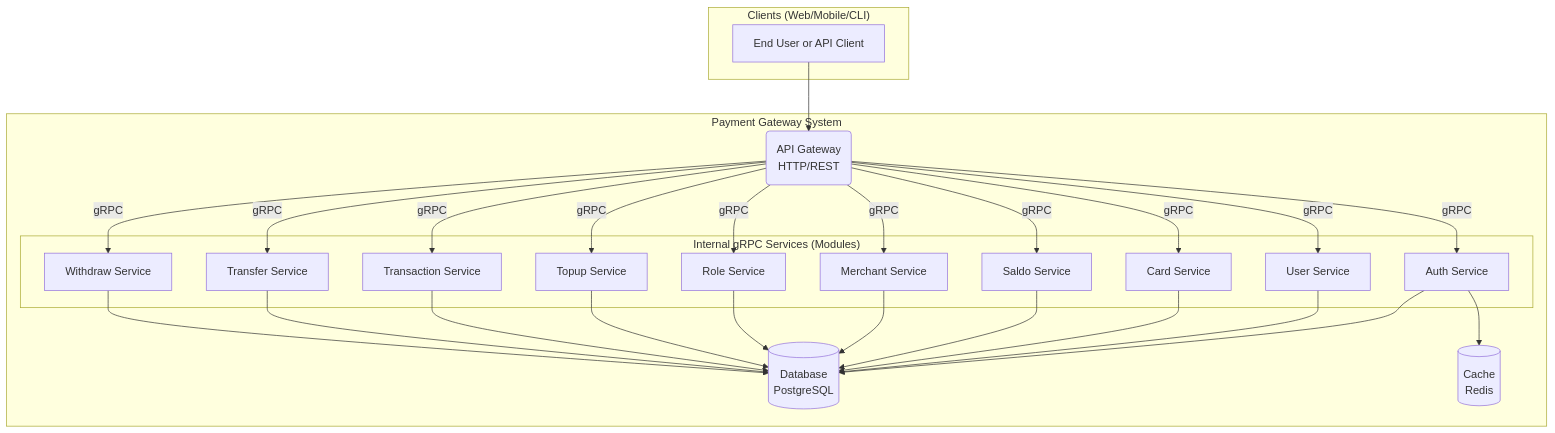
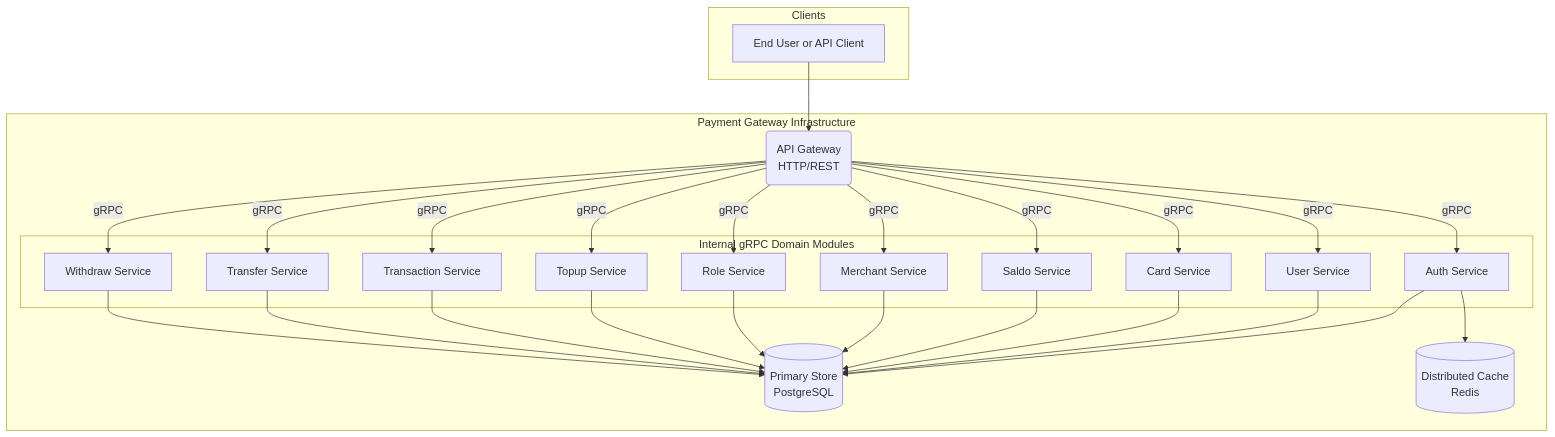
One commit to MamangRust/example-payment-gateway-sqlx changed the first of 2 diagrams in README.md. Above: the diagram before and after it, drawn with Mermaid. The commit also changed other lines of this file and 3 other files, not shown here.

Commit message:
docs: overhaul project documentation and update infrastructure configuration for the payment gateway reference implementation

````diff
--- a/README.md
+++ b/README.md
@@ -31,50 +63,50 @@
 ```mermaid
 graph TD
-    subgraph "Clients (Web/Mobile/CLI)"
+    subgraph "Clients"
         A[End User or API Client]
     end
 
-    subgraph "Payment Gateway System"
+    subgraph "Payment Gateway Infrastructure"
         B(API Gateway <br> HTTP/REST)
 
-        subgraph "Internal gRPC Services (Modules)"
+        subgraph "Internal gRPC Domain Modules"
             C[Auth Service]
             D[User Service]
             E[Card Service]
             F[Saldo Service]
             G[Merchant Service]
             H[Role Service]
             I[Topup Service]
             J[Transaction Service]
             K[Transfer Service]
             L[Withdraw Service]
         end
 
-        M[(Database <br> PostgreSQL)]
-        N[(Cache <br> Redis)]
+        M[(Primary Store <br> PostgreSQL)]
+        N[(Distributed Cache <br> Redis)]
     end
 
     A --> B
 
     B -- gRPC --> C
     B -- gRPC --> D
     B -- gRPC --> E
     B -- gRPC --> F
     B -- gRPC --> G
     B -- gRPC --> H
     B -- gRPC --> I
     B -- gRPC --> J
     B -- gRPC --> K
     B -- gRPC --> L
 
     C --> M & N
     D --> M
     E --> M
     F --> M
     G --> M
     H --> M
     I --> M
     J --> M
     K --> M
     L --> M
 ```
````
